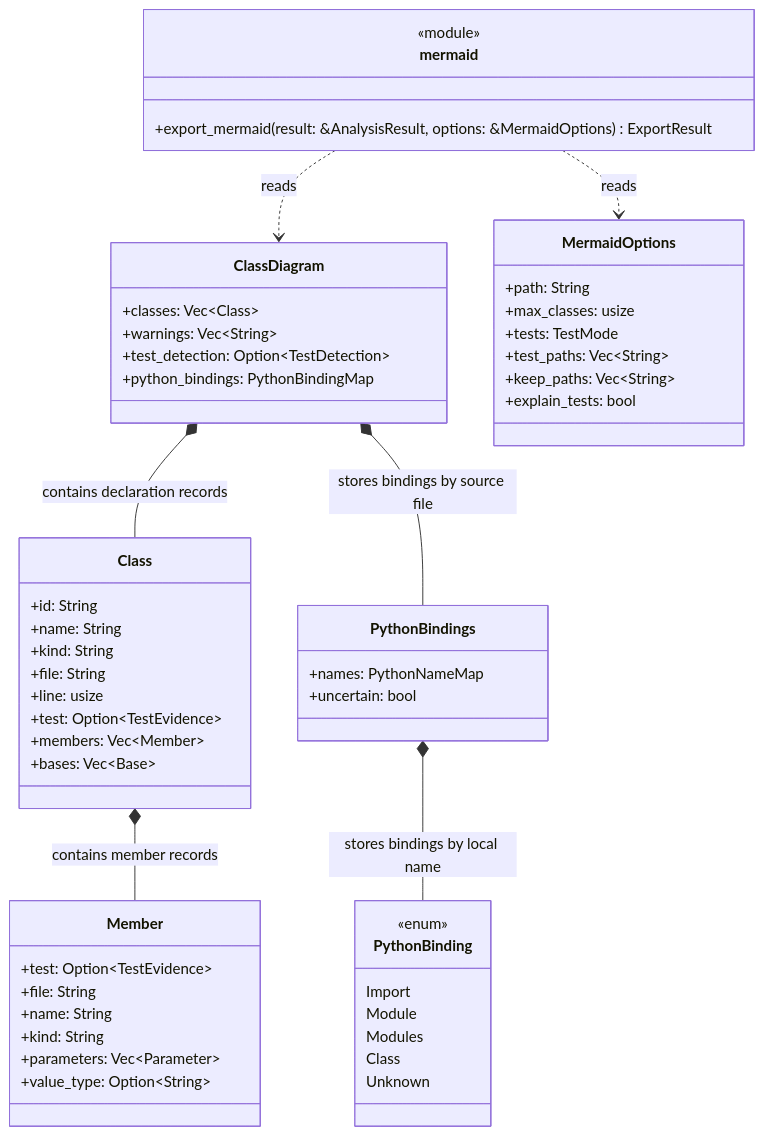
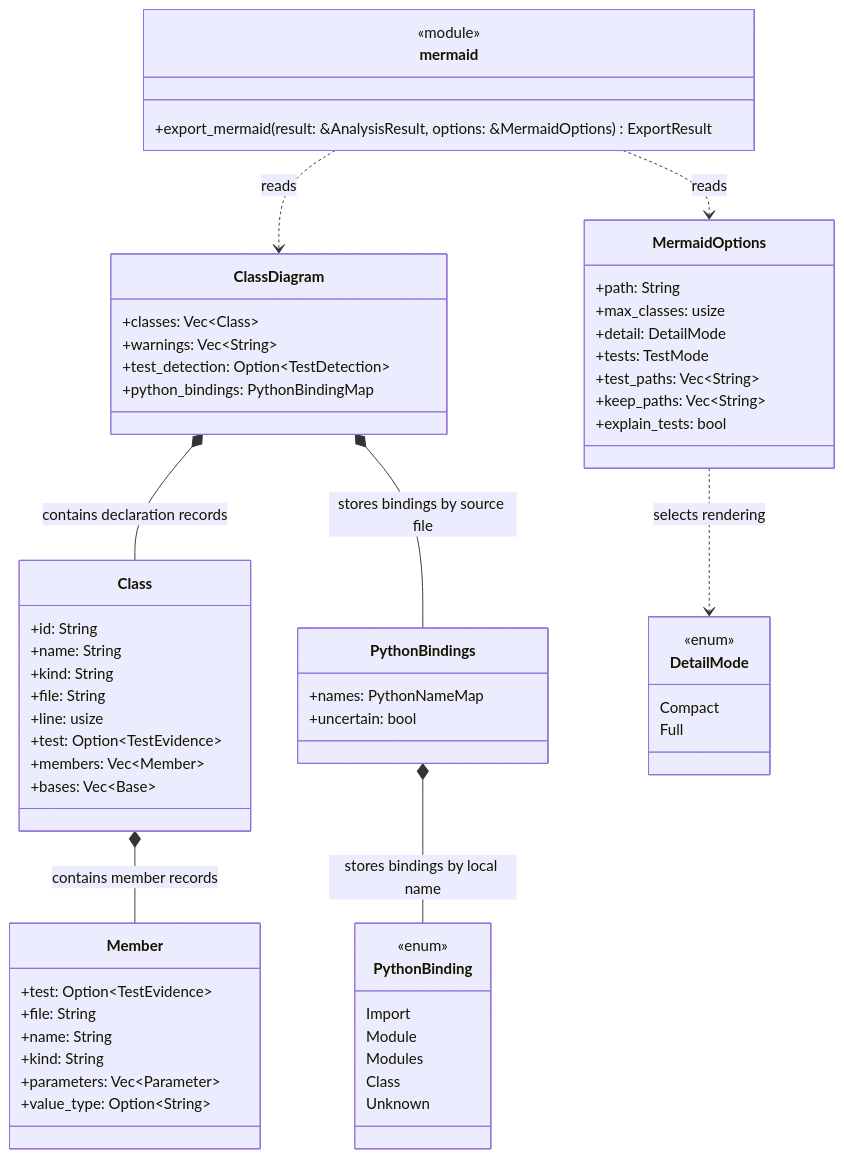
The second of 3 diagrams in AGENTS.md (ScottRBK/mycelium), drawn with Mermaid before and after one commit. The commit also changed other lines of this file and 25 other files, not shown here.

Commit message:
feat: add compact diagrams and overview-first architecture guidance

````diff
--- a/AGENTS.md
+++ b/AGENTS.md
@@ -187,58 +187,65 @@
 ```mermaid
 classDiagram
     direction TB
     class ClassDiagram {
         +classes: Vec~Class~
         +warnings: Vec~String~
         +test_detection: Option~TestDetection~
         +python_bindings: PythonBindingMap
     }
     class PythonBindings {
         +names: PythonNameMap
         +uncertain: bool
     }
     class PythonBinding {
         <<enum>>
         Import
         Module
         Modules
         Class
         Unknown
     }
     class Class {
         +id: String
         +name: String
         +kind: String
         +file: String
         +line: usize
         +test: Option~TestEvidence~
         +members: Vec~Member~
         +bases: Vec~Base~
     }
     class Member {
         +test: Option~TestEvidence~
         +file: String
         +name: String
         +kind: String
         +parameters: Vec~Parameter~
         +value_type: Option~String~
     }
     class MermaidOptions {
         +path: String
         +max_classes: usize
+        +detail: DetailMode
         +tests: TestMode
         +test_paths: Vec~String~
         +keep_paths: Vec~String~
         +explain_tests: bool
+    }
+    class DetailMode {
+        <<enum>>
+        Compact
+        Full
     }
     class mermaid {
         <<module>>
         +export_mermaid(result: &AnalysisResult, options: &MermaidOptions) ExportResult
     }
     ClassDiagram *-- Class : contains declaration records
     ClassDiagram *-- PythonBindings : stores bindings by source file
     PythonBindings *-- PythonBinding : stores bindings by local name
     Class *-- Member : contains member records
     mermaid ..> ClassDiagram : reads
     mermaid ..> MermaidOptions : reads
+    MermaidOptions ..> DetailMode : selects rendering
 ```
````
